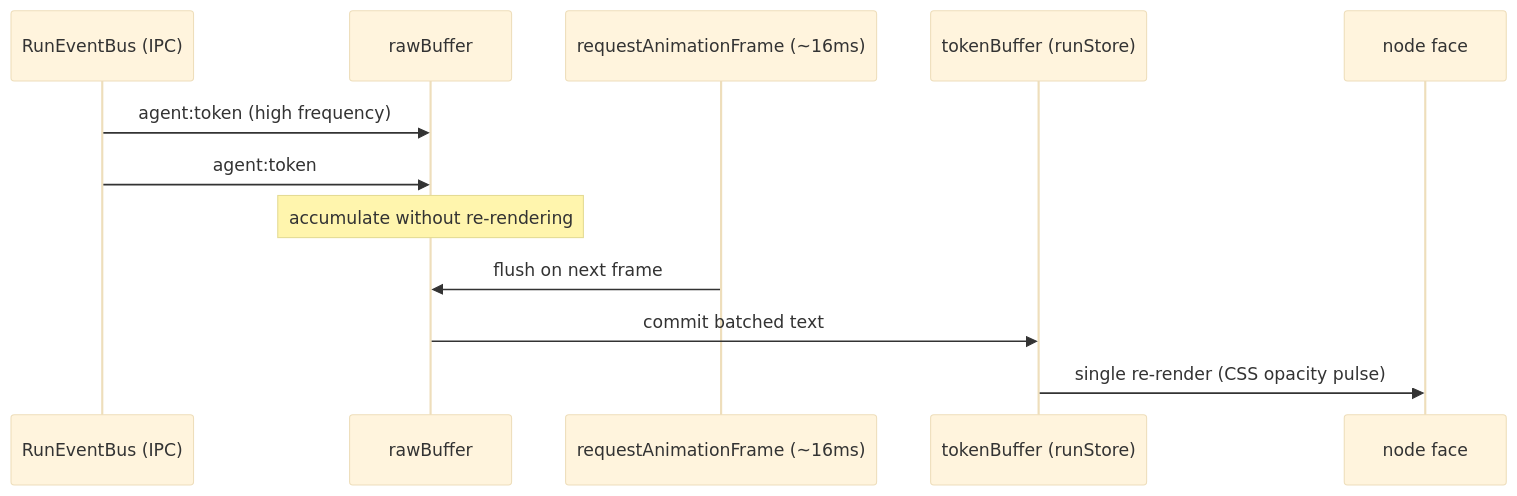
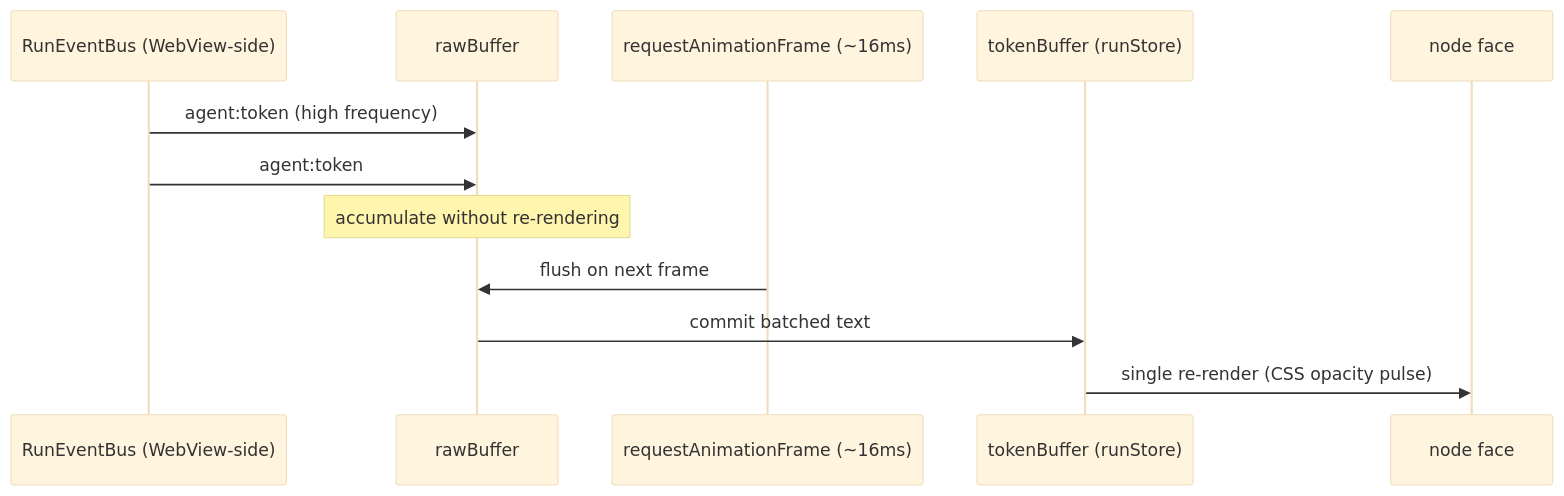
One commit to HodeTech/Relavium changed the second of 2 diagrams in docs/architecture/state-management.md. Above: the diagram before and after it, drawn with Mermaid (base theme). The commit also changed other lines of this file and 33 other files, not shown here.

````diff
--- a/docs/architecture/state-management.md
+++ b/docs/architecture/state-management.md
@@ -98,15 +98,15 @@
 ```mermaid
 sequenceDiagram
-    participant Bus as RunEventBus (IPC)
+    participant Bus as RunEventBus (WebView-side)
     participant Raw as rawBuffer
     participant RAF as requestAnimationFrame (~16ms)
     participant TB as tokenBuffer (runStore)
     participant Node as node face
 
     Bus->>Raw: agent:token (high frequency)
     Bus->>Raw: agent:token
     Note over Raw: accumulate without re-rendering
     RAF->>Raw: flush on next frame
     Raw->>TB: commit batched text
     TB->>Node: single re-render (CSS opacity pulse)
 ```
````
